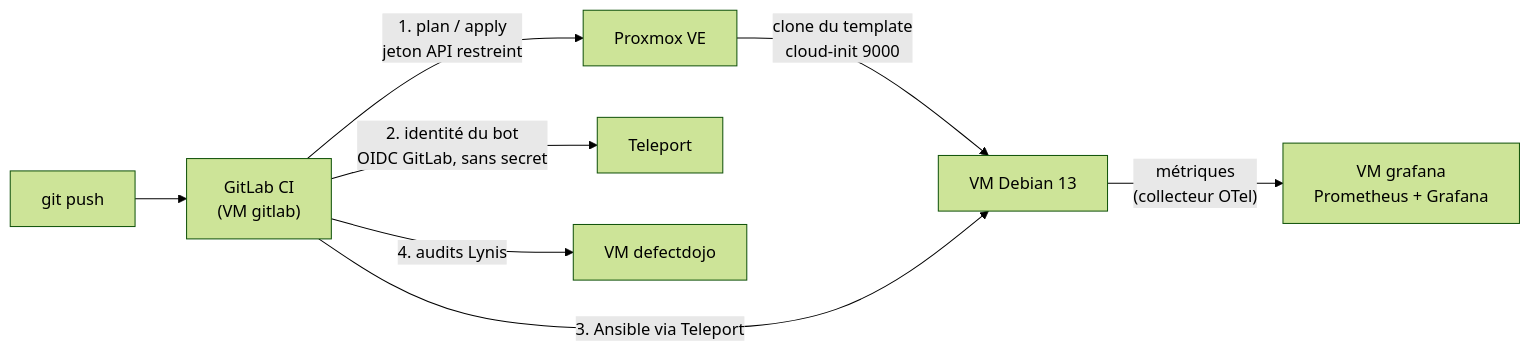
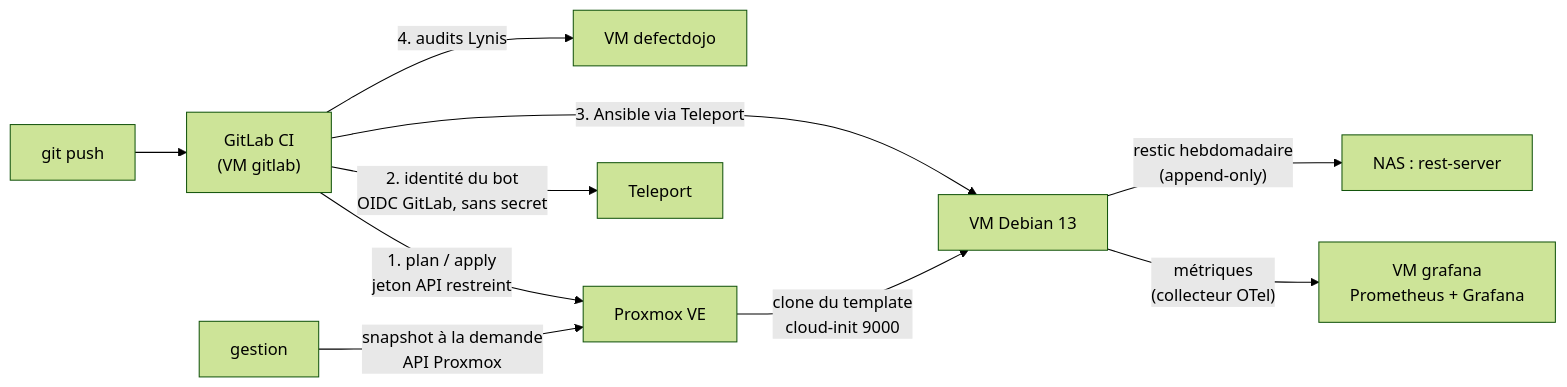
The diagram in README.md (NicolasPersonnaz/homelab-infra), drawn with Mermaid (forest theme) before and after one commit. The commit also changed other lines of this file and 23 other files, not shown here.

First line of the commit message:
Sauvegardes restic vers le NAS et snapshots Proxmox à la demande

````diff
--- a/README.md
+++ b/README.md
@@ -9,10 +9,12 @@
 ```mermaid
 flowchart LR
     Dev["git push"] --> CI["GitLab CI<br/>(VM gitlab)"]
     CI -->|"1. plan / apply<br/>jeton API restreint"| PVE["Proxmox VE"]
     PVE -->|"clone du template<br/>cloud-init 9000"| VMs["VM Debian 13"]
     CI -->|"2. identité du bot<br/>OIDC GitLab, sans secret"| TP["Teleport"]
     CI -->|"3. Ansible via Teleport"| VMs
     VMs -->|"métriques<br/>(collecteur OTel)"| GF["VM grafana<br/>Prometheus + Grafana"]
     CI -->|"4. audits Lynis"| DD["VM defectdojo"]
+    VMs -->|"restic hebdomadaire<br/>(append-only)"| NAS["NAS : rest-server"]
+    GES["gestion"] -->|"snapshot à la demande<br/>API Proxmox"| PVE
 ```
````
